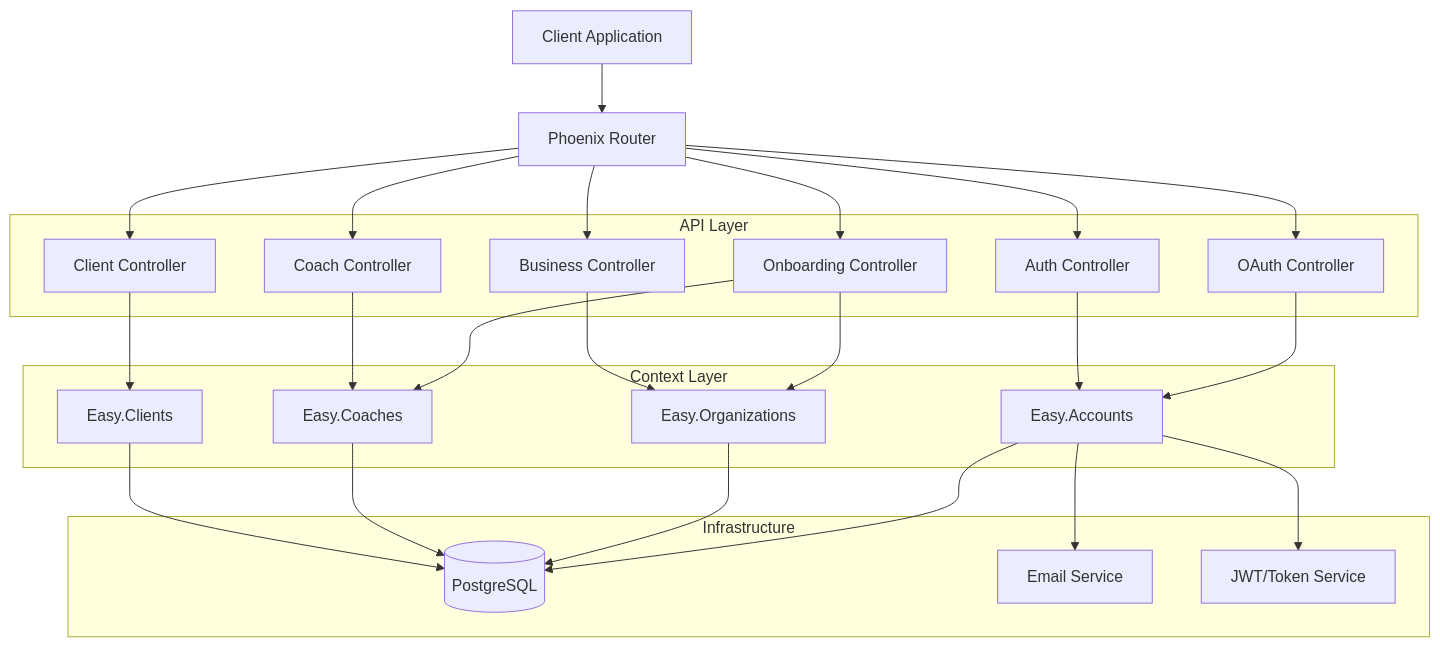
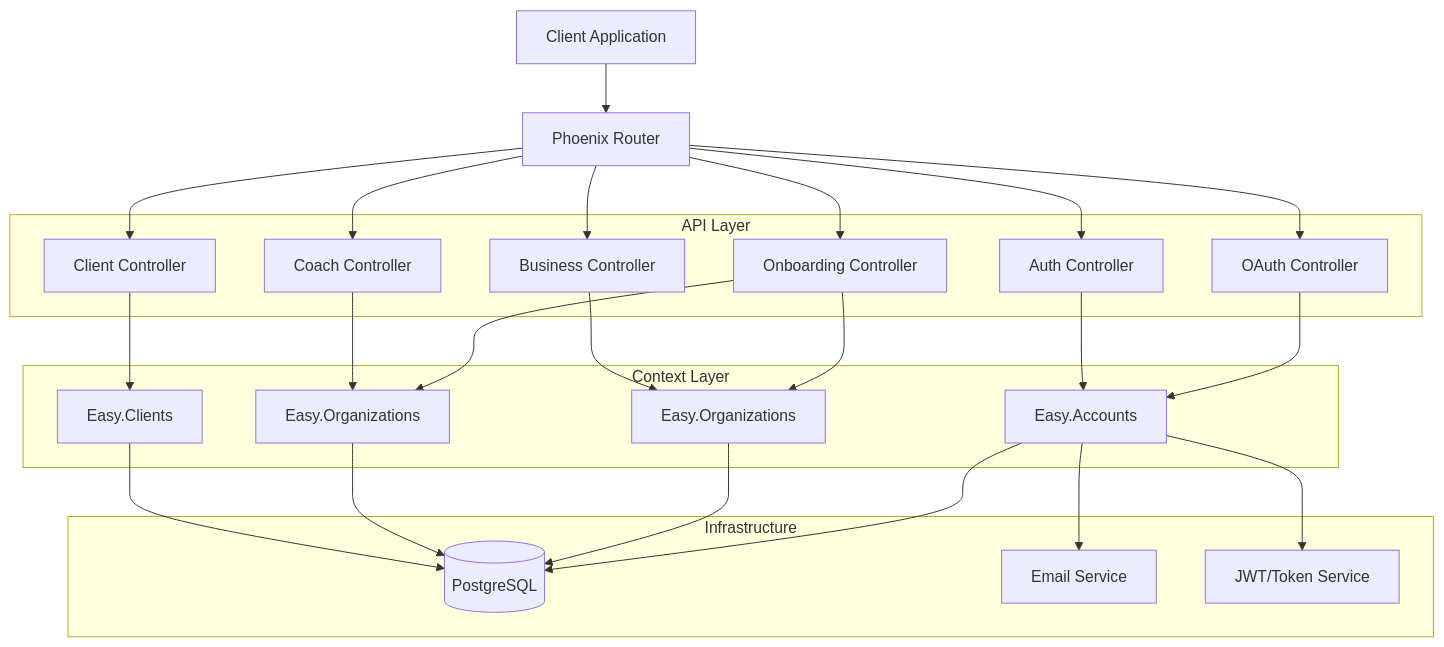
Before and after one commit to vikassandhu999/easy-mono: the first of 2 diagrams in backend/.kiro/specs/coaching-platform-mvp/design.md, drawn with Mermaid. The commit also changed other lines of this file and 56 other files, not shown here.

````diff
--- a/backend/.kiro/specs/coaching-platform-mvp/design.md
+++ b/backend/.kiro/specs/coaching-platform-mvp/design.md
@@ -19,50 +19,50 @@
 ```mermaid
 graph TB
     Client[Client Application]
     Router[Phoenix Router]
     
     subgraph "API Layer"
         OAuth[OAuth Controller]
         Auth[Auth Controller]
         Onboard[Onboarding Controller]
         Bus[Business Controller]
         Coach[Coach Controller]
         Cli[Client Controller]
     end
     
     subgraph "Context Layer"
         Accounts[Easy.Accounts]
         Orgs[Easy.Organizations]
-        Coaches[Easy.Coaches]
+        Coaches[Easy.Organizations]
         Clients[Easy.Clients]
     end
     
     subgraph "Infrastructure"
         Repo[(PostgreSQL)]
         Mailer[Email Service]
         Token[JWT/Token Service]
     end
     
     Client --> Router
     Router --> OAuth
     Router --> Auth
     Router --> Onboard
     Router --> Bus
     Router --> Coach
     Router --> Cli
     
     OAuth --> Accounts
     Auth --> Accounts
     Onboard --> Orgs
     Onboard --> Coaches
     Bus --> Orgs
     Coach --> Coaches
     Cli --> Clients
     
     Accounts --> Repo
     Accounts --> Token
     Accounts --> Mailer
     Orgs --> Repo
     Coaches --> Repo
     Clients --> Repo
 ```
````
